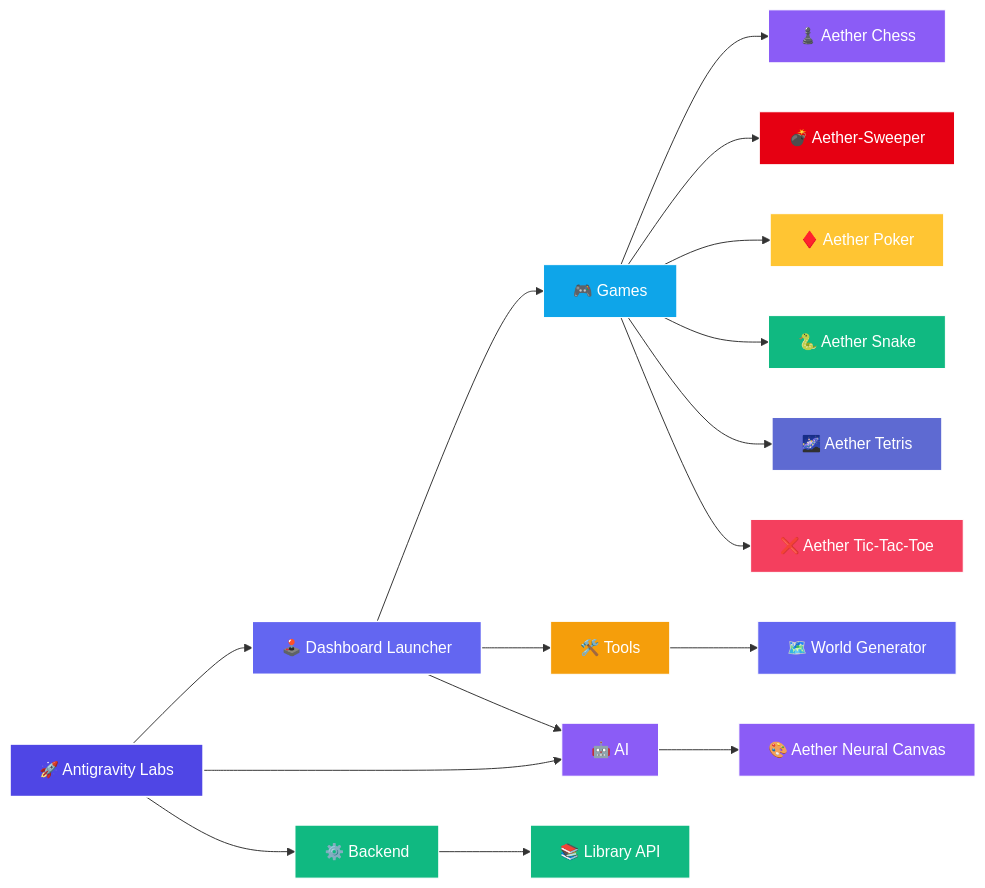
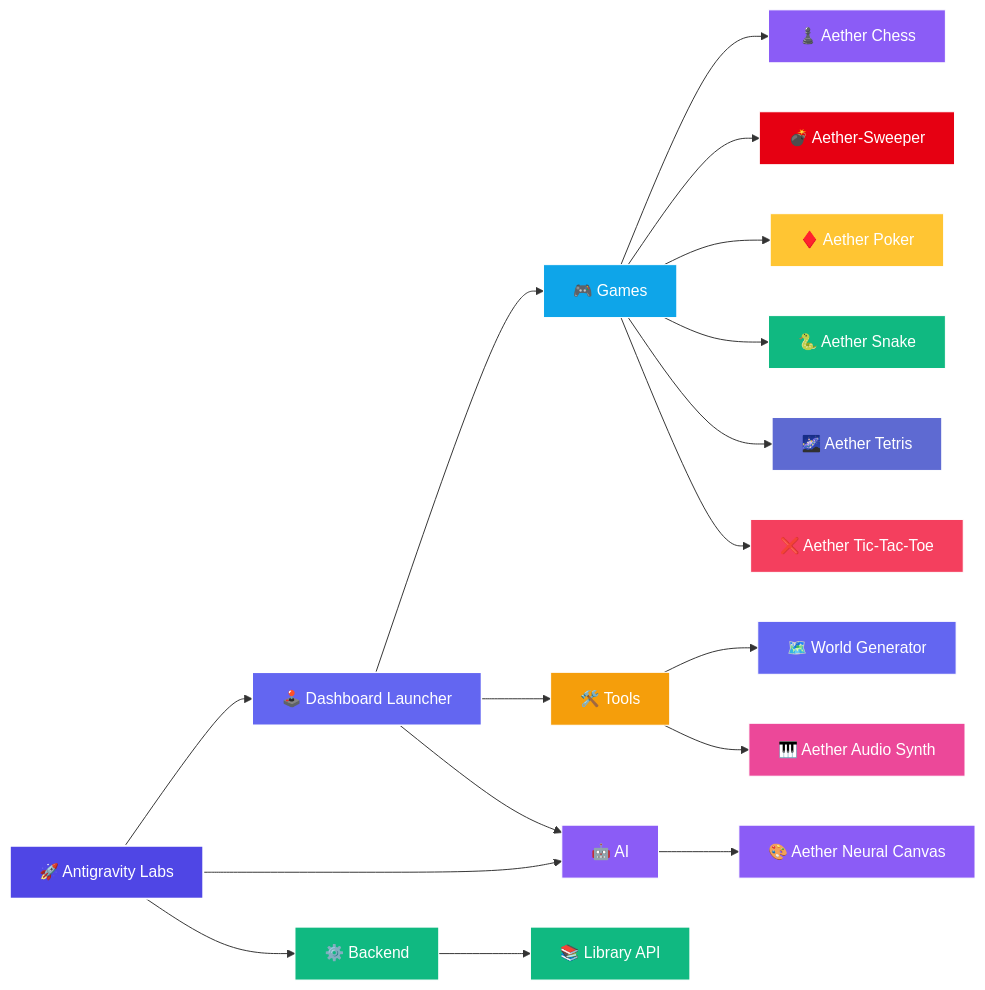
The diagram in README.md (Leturnos/antigravity-labs), drawn with Mermaid before and after one commit. The commit also changed other lines of this file and 8 other files, not shown here.

````diff
--- a/README.md
+++ b/README.md
@@ -34,42 +35,44 @@
 ```mermaid
 flowchart LR
     Root["🚀 Antigravity Labs"]
     Launcher["🕹️ Dashboard Launcher"]
 
     Root --> Launcher
     Root --> Backend["⚙️ Backend"]
     Root --> AI["🤖 AI"]
 
     Launcher --> Games["🎮 Games"]
     Launcher --> Tools["🛠️ Tools"]
     Launcher --> AI["🤖 AI"]
 
     Games --> Chess["♟️ Aether Chess"]
     Games --> Sweeper["💣 Aether-Sweeper"]
     Games --> Poker["♦️ Aether Poker"]
     Games --> Snake["🐍 Aether Snake"]
     Games --> Tetris["🌌 Aether Tetris"]
     Games --> TicTacToe["❌ Aether Tic-Tac-Toe"]
 
     Backend --> LibraryAPI["📚 Library API"]
     
     Tools --> WorldGen["🗺️ World Generator"]
+    Tools --> AudioSynth["🎹 Aether Audio Synth"]
 
     AI --> NeuralCanvas["🎨 Aether Neural Canvas"]
 
     style Root fill:#4f46e5,stroke:#fff,stroke-width:2px,color:#fff
     style Launcher fill:#6366f1,stroke:#fff,stroke-width:1.5px,color:#fff
     style Games fill:#0ea5e9,stroke:#fff,stroke-width:1px,color:#fff
     style Backend fill:#10b981,stroke:#fff,stroke-width:1px,color:#fff
     style AI fill:#8b5cf6,stroke:#fff,stroke-width:1px,color:#fff
     style Tools fill:#f59e0b,stroke:#fff,stroke-width:1px,color:#fff
     style Chess fill:#8b5cf6,stroke:#fff,stroke-width:1px,color:#fff
     style Sweeper fill:#e60012,stroke:#fff,stroke-width:1px,color:#fff
     style Poker fill:#ffc533,stroke:#fff,stroke-width:1px,color:#fff
     style Snake fill:#10b981,stroke:#fff,stroke-width:1px,color:#fff
     style Tetris fill:#5e6ad2,stroke:#fff,stroke-width:1px,color:#fff
     style TicTacToe fill:#f43f5e,stroke:#fff,stroke-width:1px,color:#fff
     style LibraryAPI fill:#10b981,stroke:#fff,stroke-width:1px,color:#fff
     style WorldGen fill:#6366f1,stroke:#fff,stroke-width:1px,color:#fff
+    style AudioSynth fill:#ec4899,stroke:#fff,stroke-width:1px,color:#fff
     style NeuralCanvas fill:#8b5cf6,stroke:#fff,stroke-width:1px,color:#fff
 ```
````
